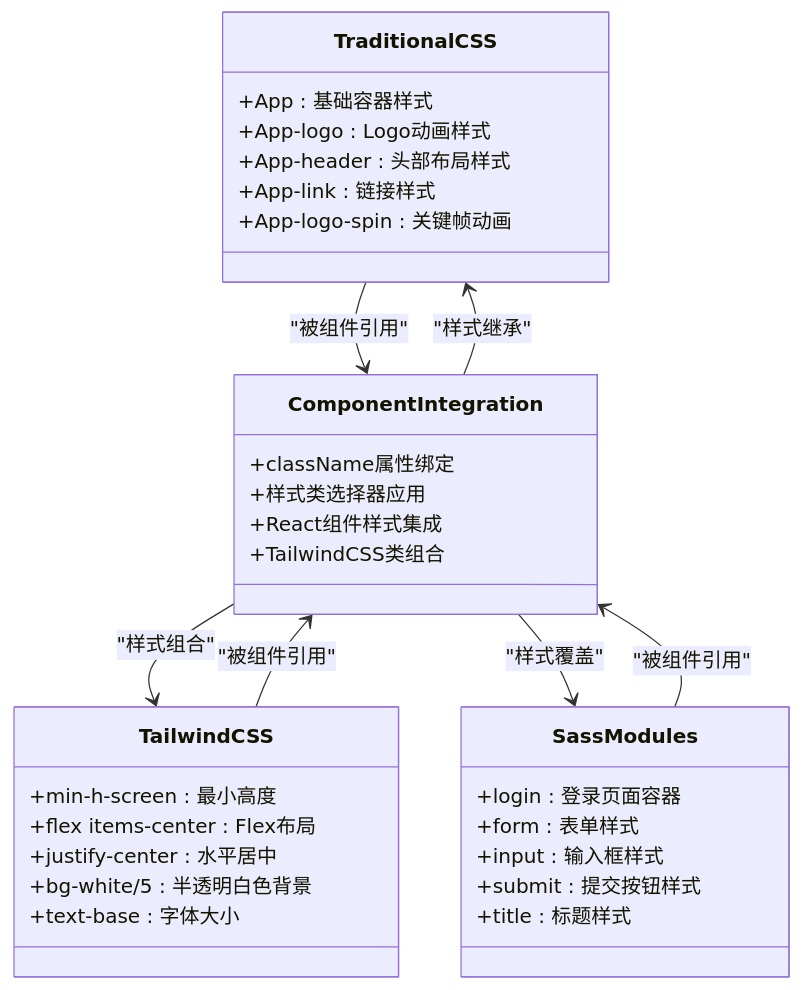
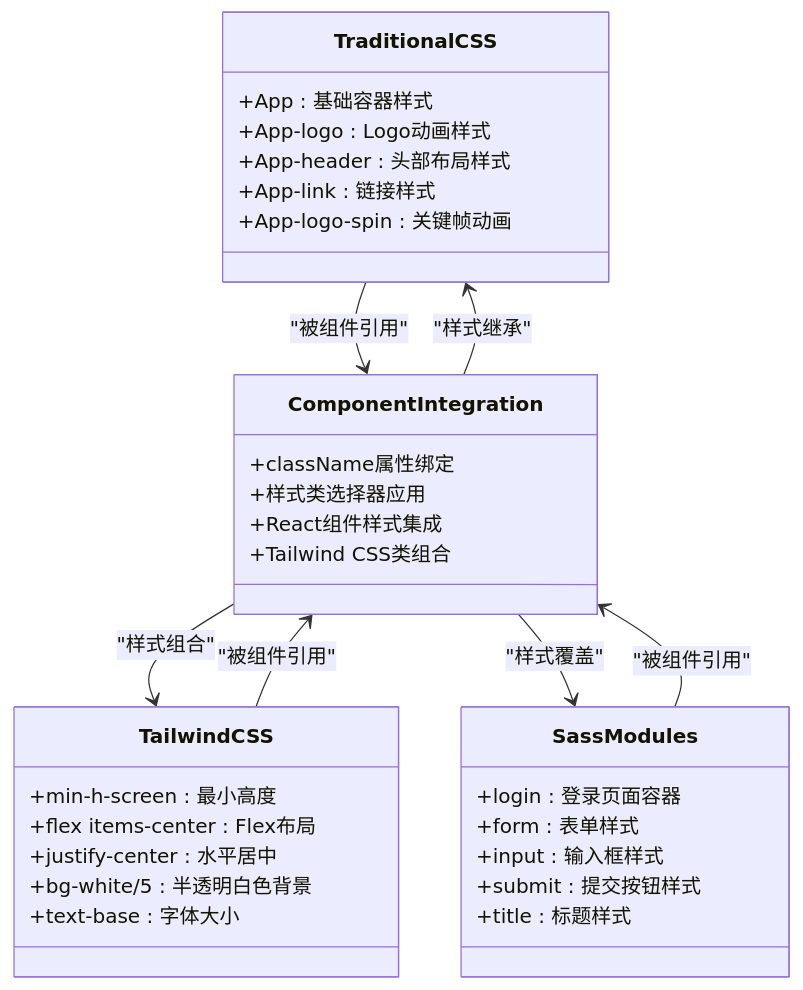
The fifth of 7 diagrams in .qoder/repowiki/zh/content/核心组件/样式系统.md (kkxxll/reactNext), drawn with Mermaid before and after one commit. The commit also changed other lines of this file and 12 other files, not shown here.

````diff
--- a/.qoder/repowiki/zh/content/核心组件/样式系统.md
+++ b/.qoder/repowiki/zh/content/核心组件/样式系统.md
@@ -255,36 +270,36 @@
 ```mermaid
 classDiagram
 class TraditionalCSS {
 +App : 基础容器样式
 +App-logo : Logo动画样式
 +App-header : 头部布局样式
 +App-link : 链接样式
 +App-logo-spin : 关键帧动画
 }
 class TailwindCSS {
 +min-h-screen : 最小高度
 +flex items-center : Flex布局
 +justify-center : 水平居中
 +bg-white/5 : 半透明白色背景
 +text-base : 字体大小
 }
 class SassModules {
 +login : 登录页面容器
 +form : 表单样式
 +input : 输入框样式
 +submit : 提交按钮样式
 +title : 标题样式
 }
 class ComponentIntegration {
 +className属性绑定
 +样式类选择器应用
 +React组件样式集成
-+TailwindCSS类组合
++Tailwind CSS类组合
 }
 TraditionalCSS --> ComponentIntegration : "被组件引用"
 TailwindCSS --> ComponentIntegration : "被组件引用"
 SassModules --> ComponentIntegration : "被组件引用"
 ComponentIntegration --> TraditionalCSS : "样式继承"
 ComponentIntegration --> TailwindCSS : "样式组合"
 ComponentIntegration --> SassModules : "样式覆盖"
 ```
````
